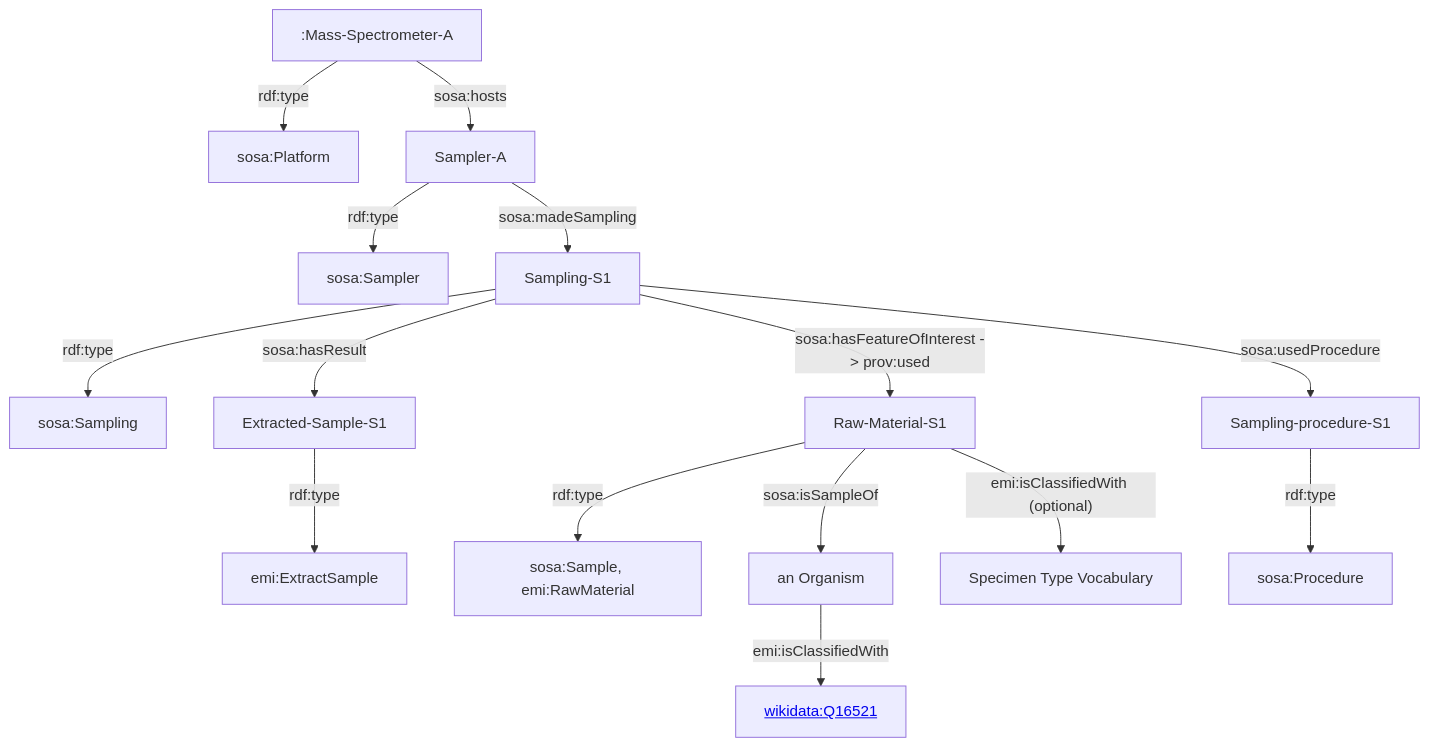
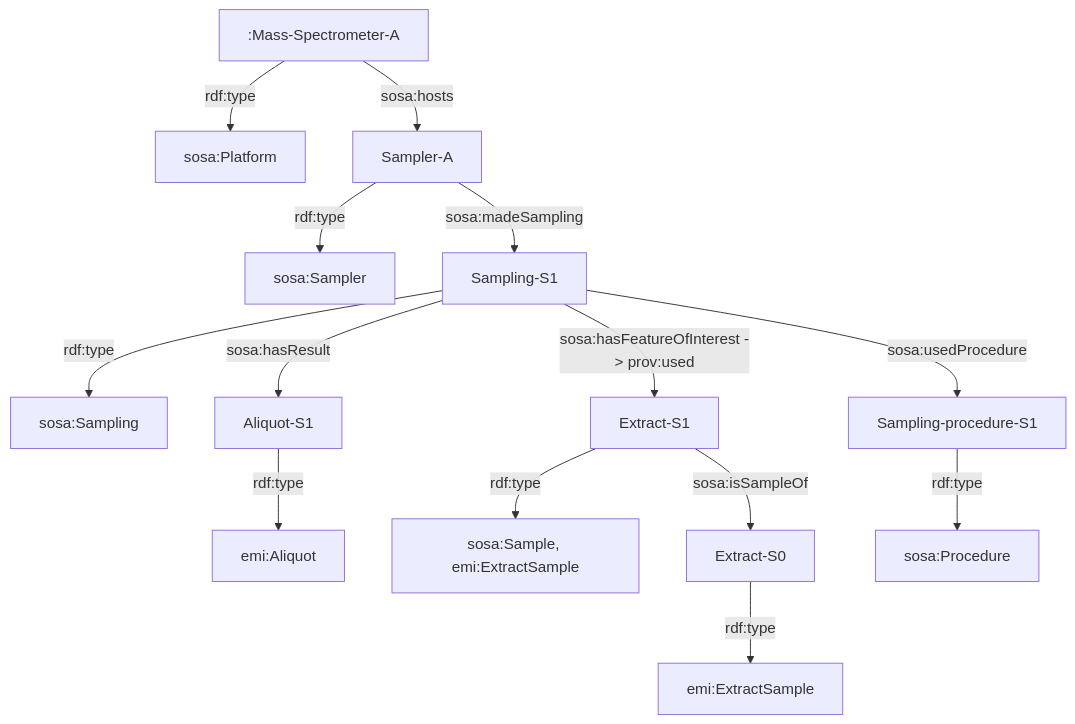
One commit to digital-botanical-gardens-initiative/earth_metabolome_ontology changed the second of 7 diagrams in README.md. Above: the diagram before and after it, drawn with Mermaid. The commit also changed other lines of this file, not shown here.

````diff
--- a/README.md
+++ b/README.md
@@ -55,18 +59,17 @@
 ```mermaid
 graph TD
 	d[":Mass-Spectrometer-A"]-->|rdf:type|sosa:Platform
 	d-->|sosa:hosts|d2["Sampler-A"]
 	d2-->|rdf:type|sosa:Sampler
 	d2-->|sosa:madeSampling|oo["Sampling-S1"]
         oo-->|rdf:type|a["sosa:Sampling"]
-        oo-->|"sosa:hasFeatureOfInterest -> prov:used"|s["Raw-Material-S1"]
-        oo-->|sosa:hasResult|es1["Extracted-Sample-S1"]
-	es1-->|rdf:type|emi:ExtractSample
-        s-->|rdf:type|sSample["sosa:Sample, emi:RawMaterial"]
-        s-->|sosa:isSampleOf|t["an Organism"]
-        t-->|emi:isClassifiedWith|w["<a href=http://www.wikidata.org/entity/Q16521>wikidata:Q16521</a>"]
-        s-->|"emi:isClassifiedWith (optional)"|w2["Specimen Type Vocabulary"]
+        oo-->|"sosa:hasFeatureOfInterest -> prov:used"|s["Extract-S1"]
+        oo-->|sosa:hasResult|es1["Aliquot-S1"]
+	es1-->|rdf:type|emi:Aliquot
+        s-->|rdf:type|sSample["sosa:Sample, emi:ExtractSample"]
+        s-->|sosa:isSampleOf|t["Extract-S0"]
+	t-->|rdf:type|emi:ExtractSample
         oo-->|sosa:usedProcedure|proc["Sampling-procedure-S1"]
         proc-->|rdf:type|sosa:Procedure   
 
 ```
````
